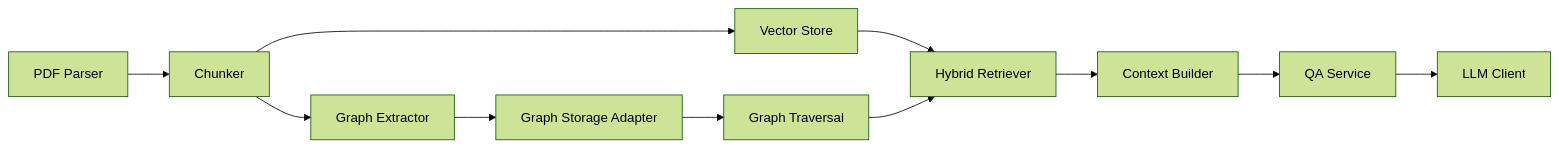
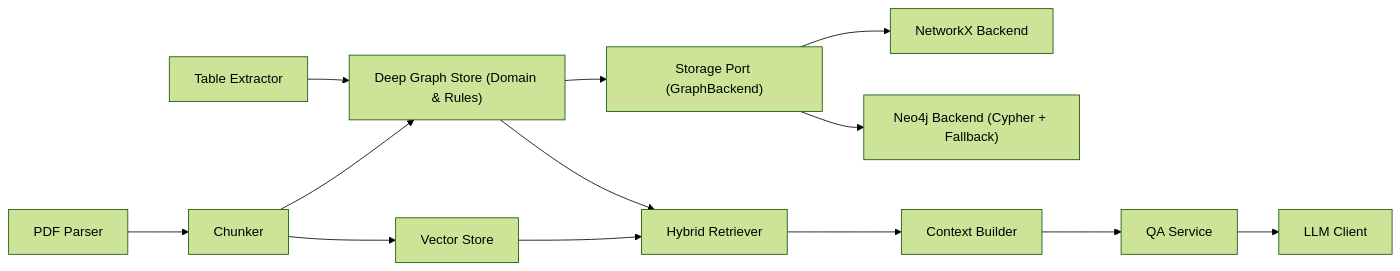
One commit to avinashankur/audit-it changed the third of 3 diagrams in ARCHITECTURE.md. Above: the diagram before and after it, drawn with Mermaid (forest theme). The commit also changed other lines of this file and 5 other files, not shown here.

First line of the commit message:
docs: sync architecture, context, concepts, and readme

````diff
--- a/ARCHITECTURE.md
+++ b/ARCHITECTURE.md
@@ -72,13 +72,15 @@
 ```mermaid
 graph LR
   PDFParser["PDF Parser"] --> Chunker["Chunker"]
-  Chunker --> GraphExtractor["Graph Extractor"]
+  TableExtractor["Table Extractor"] --> GraphStore["Deep Graph Store (Domain & Rules)"]
+  Chunker --> GraphStore
   Chunker --> VectorStore["Vector Store"]
-  GraphExtractor --> GraphStore["Graph Storage Adapter"]
-  GraphStore --> GraphTraversal["Graph Traversal"]
-  VectorStore --> HybridRetriever["Hybrid Retriever"]
-  GraphTraversal --> HybridRetriever
+  GraphStore --> GraphBackend["Storage Port (GraphBackend)"]
+  GraphBackend --> NetworkX["NetworkX Backend"]
+  GraphBackend --> Neo4j["Neo4j Backend (Cypher + Fallback)"]
+  GraphStore --> HybridRetriever["Hybrid Retriever"]
+  VectorStore --> HybridRetriever
   HybridRetriever --> ContextBuilder["Context Builder"]
   ContextBuilder --> QAService["QA Service"]
   QAService --> LLMClient["LLM Client"]
 ```
````
